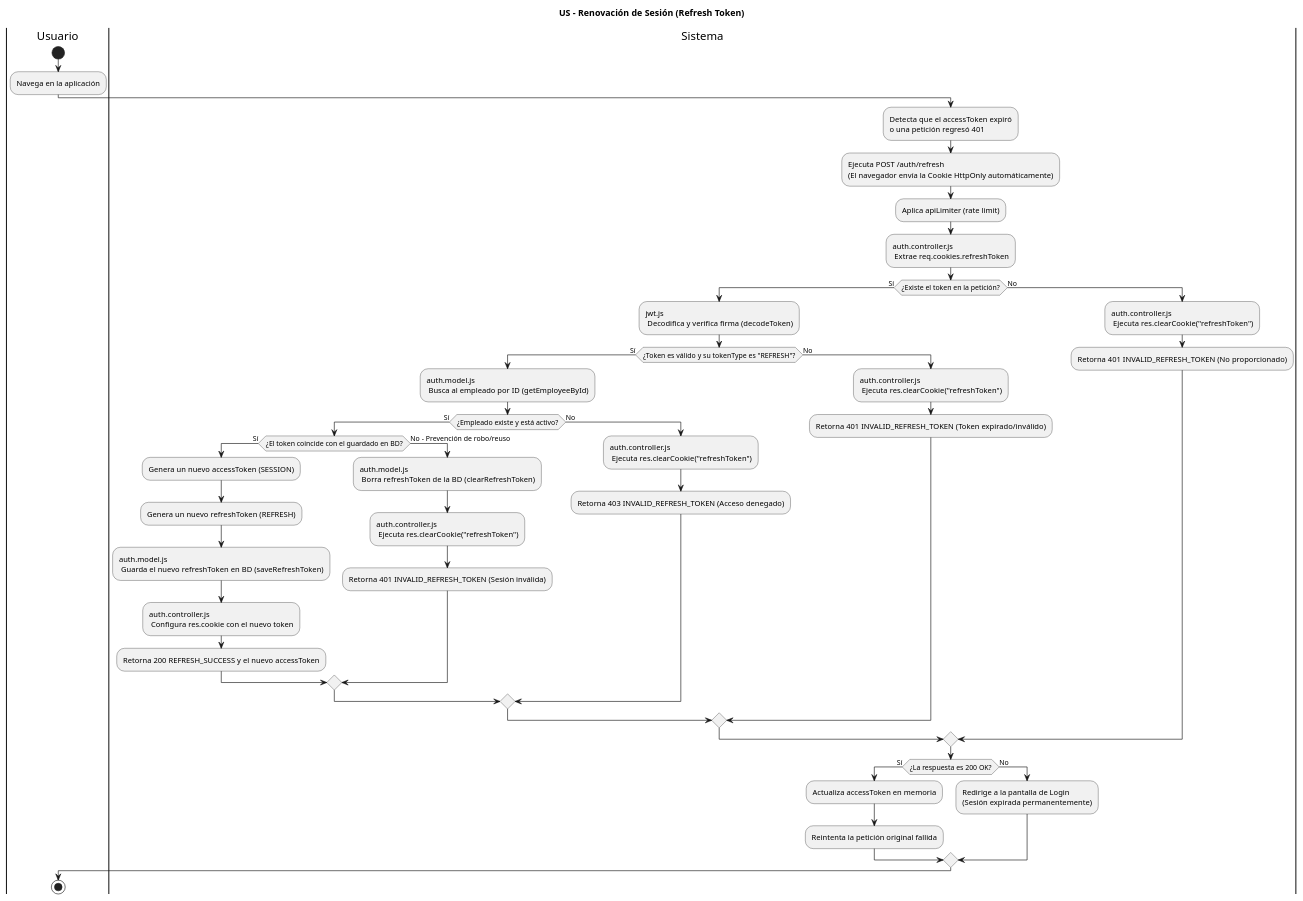
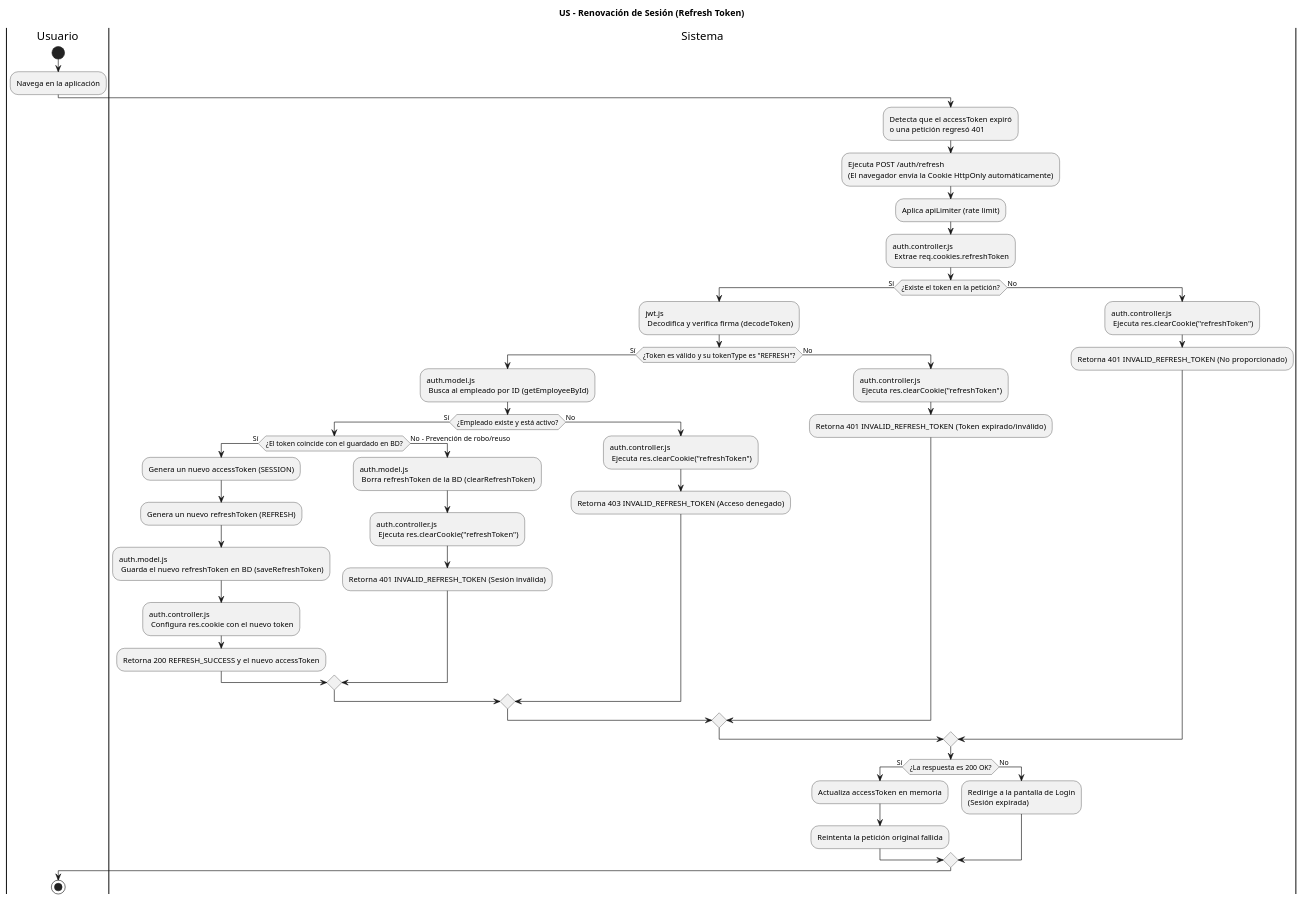
Before and after one commit to AztlanConsulting/RCHQ-Back: the diagram in diagrams/Activity diagram/US06.puml, drawn with PlantUML.

Commit message:
fix: se corrige una parte del diagrama de actividad

```diff
--- a/diagrams/Activity diagram/US06.puml
+++ b/diagrams/Activity diagram/US06.puml
@@ -1,52 +1,52 @@
 @startuml
 title US - Renovación de Sesión (Refresh Token)
 
 |Usuario|
 start
 :Navega en la aplicación;
 
 |Sistema|
 :Detecta que el accessToken expiró\no una petición regresó 401;
 :Ejecuta POST /auth/refresh\n(El navegador envía la Cookie HttpOnly automáticamente);
 :Aplica apiLimiter (rate limit);
 :auth.controller.js \n Extrae req.cookies.refreshToken;
 
 if (¿Existe el token en la petición?) then (Sí)
     :jwt.js \n Decodifica y verifica firma (decodeToken);
     if (¿Token es válido y su tokenType es "REFRESH"?) then (Sí)
         :auth.model.js \n Busca al empleado por ID (getEmployeeById);
         if (¿Empleado existe y está activo?) then (Sí)
             if (¿El token coincide con el guardado en BD?) then (Sí)
                 :Genera un nuevo accessToken (SESSION);
                 :Genera un nuevo refreshToken (REFRESH);
                 :auth.model.js \n Guarda el nuevo refreshToken en BD (saveRefreshToken);
                 :auth.controller.js \n Configura res.cookie con el nuevo token;
                 :Retorna 200 REFRESH_SUCCESS y el nuevo accessToken;
             else (No - Prevención de robo/reuso)
                 :auth.model.js \n Borra refreshToken de la BD (clearRefreshToken);
                 :auth.controller.js \n Ejecuta res.clearCookie("refreshToken");
                 :Retorna 401 INVALID_REFRESH_TOKEN (Sesión inválida);
             endif
         else (No)
             :auth.controller.js \n Ejecuta res.clearCookie("refreshToken");
             :Retorna 403 INVALID_REFRESH_TOKEN (Acceso denegado);
         endif
     else (No)
         :auth.controller.js \n Ejecuta res.clearCookie("refreshToken");
         :Retorna 401 INVALID_REFRESH_TOKEN (Token expirado/inválido);
     endif
 else (No)
     :auth.controller.js \n Ejecuta res.clearCookie("refreshToken");
     :Retorna 401 INVALID_REFRESH_TOKEN (No proporcionado);
 endif
 
 if (¿La respuesta es 200 OK?) then (Sí)
     :Actualiza accessToken en memoria;
     :Reintenta la petición original fallida;
 else (No)
-    :Redirige a la pantalla de Login\n(Sesión expirada permanentemente);
+    :Redirige a la pantalla de Login\n(Sesión expirada);
 endif
 
 |Usuario|
 stop
 @enduml
```
